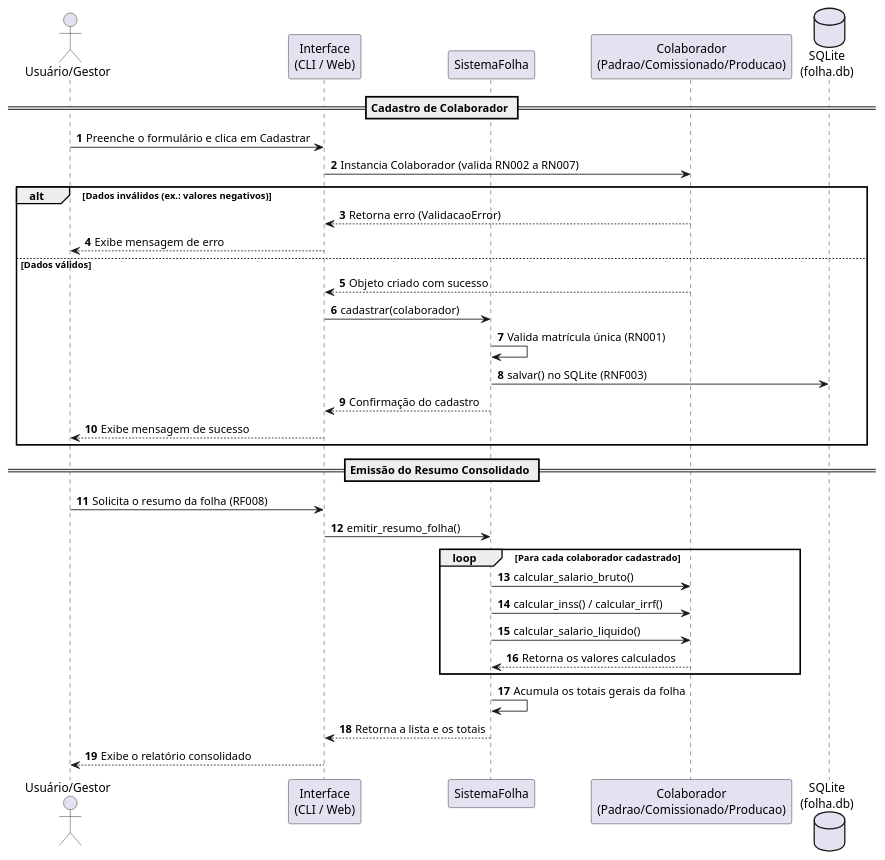
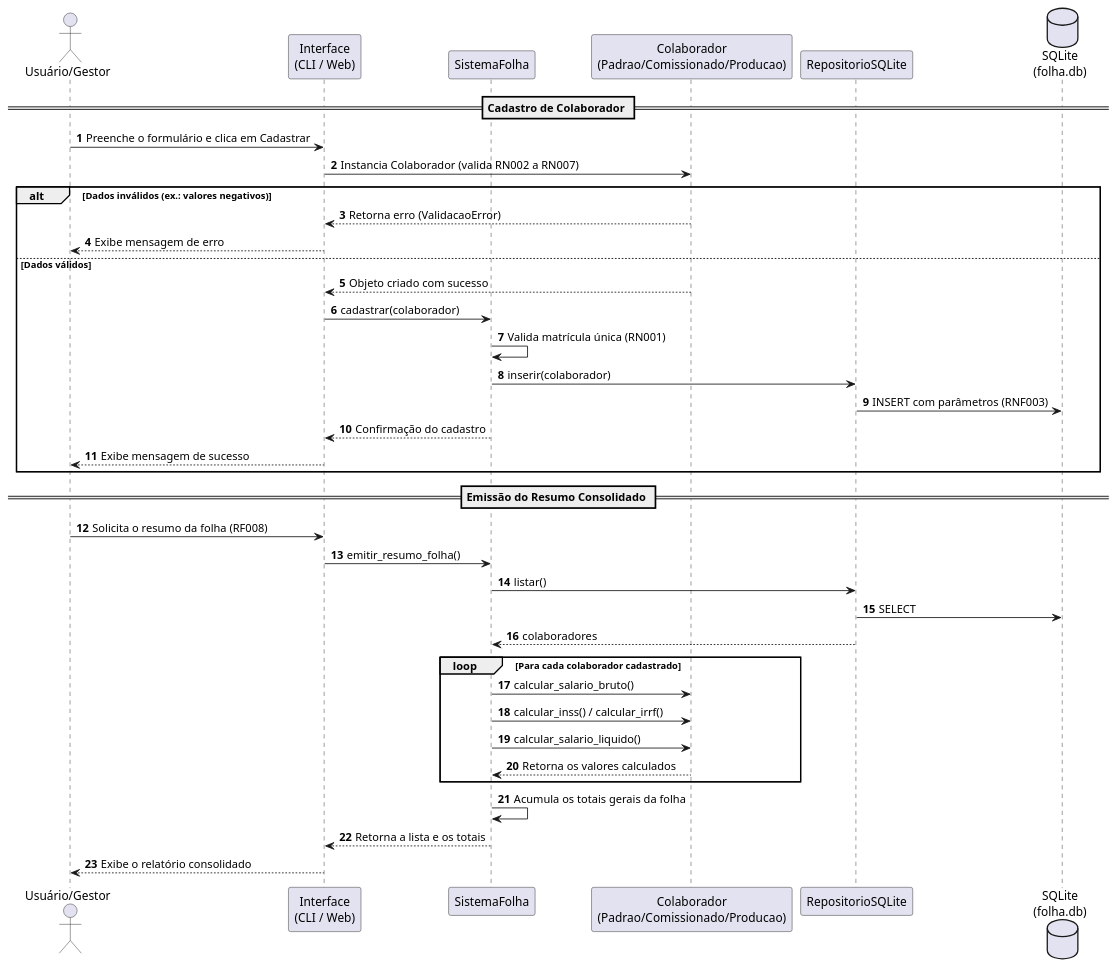
One commit to johnrosik/folha-pagamento-gqs changed the diagram in 02_Analise/3.3-sequencia.puml. Above: the diagram before and after it, drawn with PlantUML. The commit also changed 12 other files, not shown here.

```diff
--- a/02_Analise/3.3-sequencia.puml
+++ b/02_Analise/3.3-sequencia.puml
@@ -1,34 +1,39 @@
 @startuml
 autonumber
 actor "Usuário/Gestor" as Usuario
 participant "Interface\n(CLI / Web)" as Interface
 participant "SistemaFolha" as Sistema
 participant "Colaborador\n(Padrao/Comissionado/Producao)" as Model
+participant "RepositorioSQLite" as Repo
 database "SQLite\n(folha.db)" as DB
 == Cadastro de Colaborador ==
 Usuario -> Interface: Preenche o formulário e clica em Cadastrar
 Interface -> Model: Instancia Colaborador (valida RN002 a RN007)
 alt Dados inválidos (ex.: valores negativos)
   Model --> Interface: Retorna erro (ValidacaoError)
   Interface --> Usuario: Exibe mensagem de erro
 else Dados válidos
   Model --> Interface: Objeto criado com sucesso
   Interface -> Sistema: cadastrar(colaborador)
   Sistema -> Sistema: Valida matrícula única (RN001)
-  Sistema -> DB: salvar() no SQLite (RNF003)
+  Sistema -> Repo: inserir(colaborador)
+  Repo -> DB: INSERT com parâmetros (RNF003)
   Sistema --> Interface: Confirmação do cadastro
   Interface --> Usuario: Exibe mensagem de sucesso
 end
 == Emissão do Resumo Consolidado ==
 Usuario -> Interface: Solicita o resumo da folha (RF008)
 Interface -> Sistema: emitir_resumo_folha()
+Sistema -> Repo: listar()
+Repo -> DB: SELECT
+Repo --> Sistema: colaboradores
 loop Para cada colaborador cadastrado
   Sistema -> Model: calcular_salario_bruto()
   Sistema -> Model: calcular_inss() / calcular_irrf()
   Sistema -> Model: calcular_salario_liquido()
   Model --> Sistema: Retorna os valores calculados
 end
 Sistema -> Sistema: Acumula os totais gerais da folha
 Sistema --> Interface: Retorna a lista e os totais
 Interface --> Usuario: Exibe o relatório consolidado
 @enduml
```
